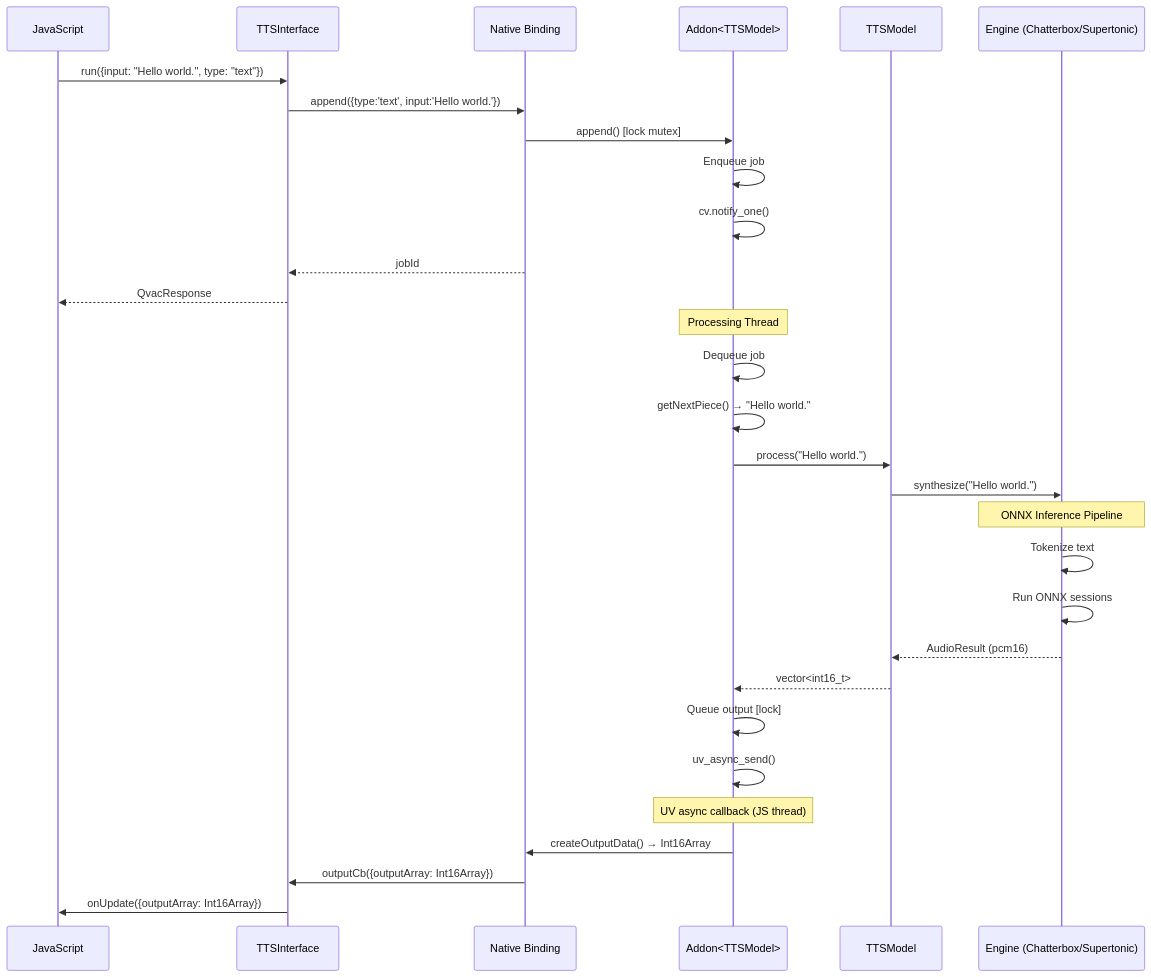
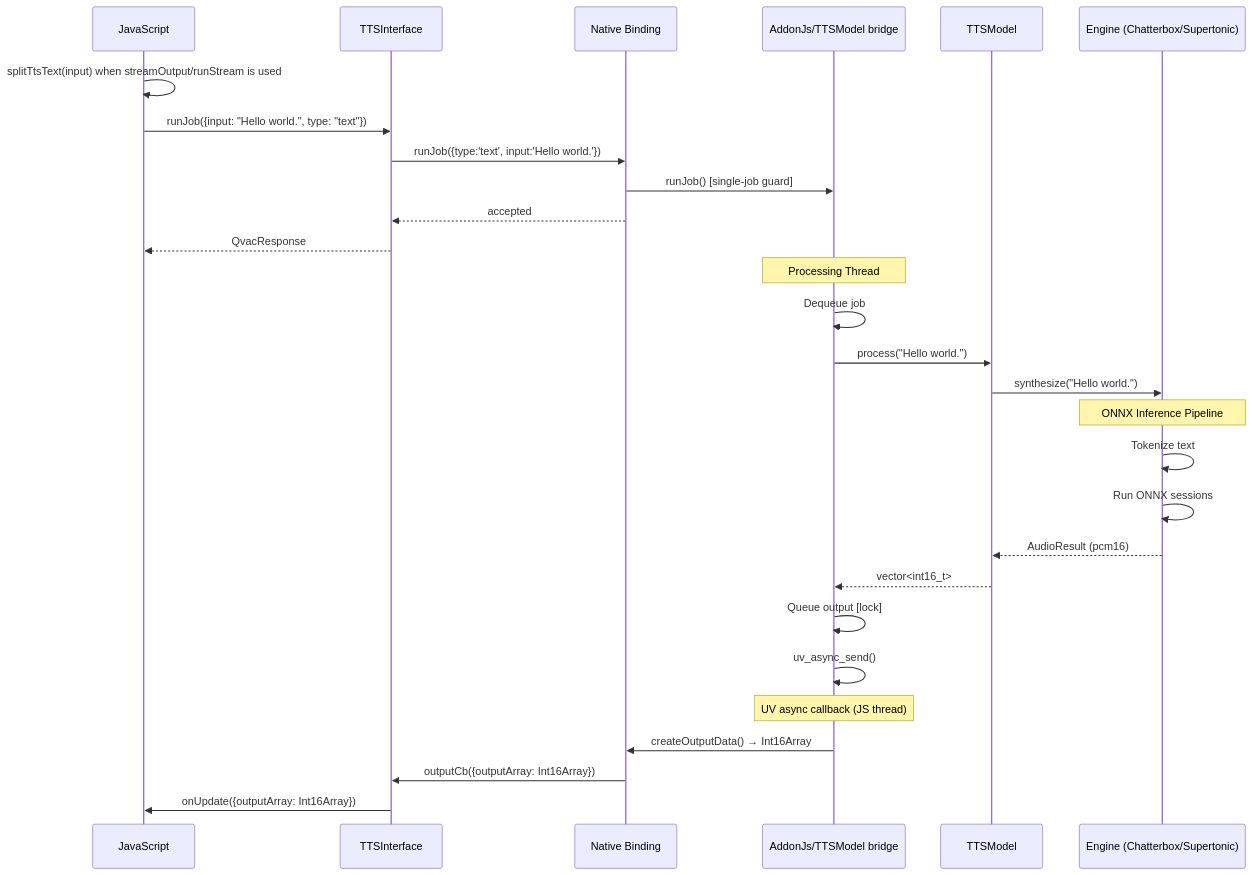
Before and after one commit to tetherto/qvac: the fourth of 4 diagrams in packages/tts-onnx/docs/architecture.md, drawn with Mermaid. The commit also changed other lines of this file and 7 other files, not shown here.

First line of the commit message:
doc: refresh inference addon architecture docs

````diff
--- a/packages/tts-onnx/docs/architecture.md
+++ b/packages/tts-onnx/docs/architecture.md
@@ -410,37 +420,35 @@
 ```mermaid
 sequenceDiagram
     participant JS as JavaScript
     participant IF as TTSInterface
     participant Bind as Native Binding
-    participant Addon as Addon<TTSModel>
+    participant Addon as AddonJs/TTSModel bridge
     participant Model as TTSModel
     participant Engine as Engine (Chatterbox/Supertonic)
 
-    JS->>IF: run({input: "Hello world.", type: "text"})
-    IF->>Bind: append({type:'text', input:'Hello world.'})
-    Bind->>Addon: append() [lock mutex]
-    Addon->>Addon: Enqueue job
-    Addon->>Addon: cv.notify_one()
-    Bind-->>IF: jobId
+    JS->>JS: splitTtsText(input) when streamOutput/runStream is used
+    JS->>IF: runJob({input: "Hello world.", type: "text"})
+    IF->>Bind: runJob({type:'text', input:'Hello world.'})
+    Bind->>Addon: runJob() [single-job guard]
+    Bind-->>IF: accepted
     IF-->>JS: QvacResponse
 
     Note over Addon: Processing Thread
     Addon->>Addon: Dequeue job
-    Addon->>Addon: getNextPiece() → "Hello world."
     Addon->>Model: process("Hello world.")
     Model->>Engine: synthesize("Hello world.")
 
     Note over Engine: ONNX Inference Pipeline
     Engine->>Engine: Tokenize text
     Engine->>Engine: Run ONNX sessions
     Engine-->>Model: AudioResult (pcm16)
     Model-->>Addon: vector<int16_t>
 
     Addon->>Addon: Queue output [lock]
     Addon->>Addon: uv_async_send()
 
     Note over Addon: UV async callback (JS thread)
     Addon->>Bind: createOutputData() → Int16Array
     Bind->>IF: outputCb({outputArray: Int16Array})
     IF->>JS: onUpdate({outputArray: Int16Array})
 ```
````
